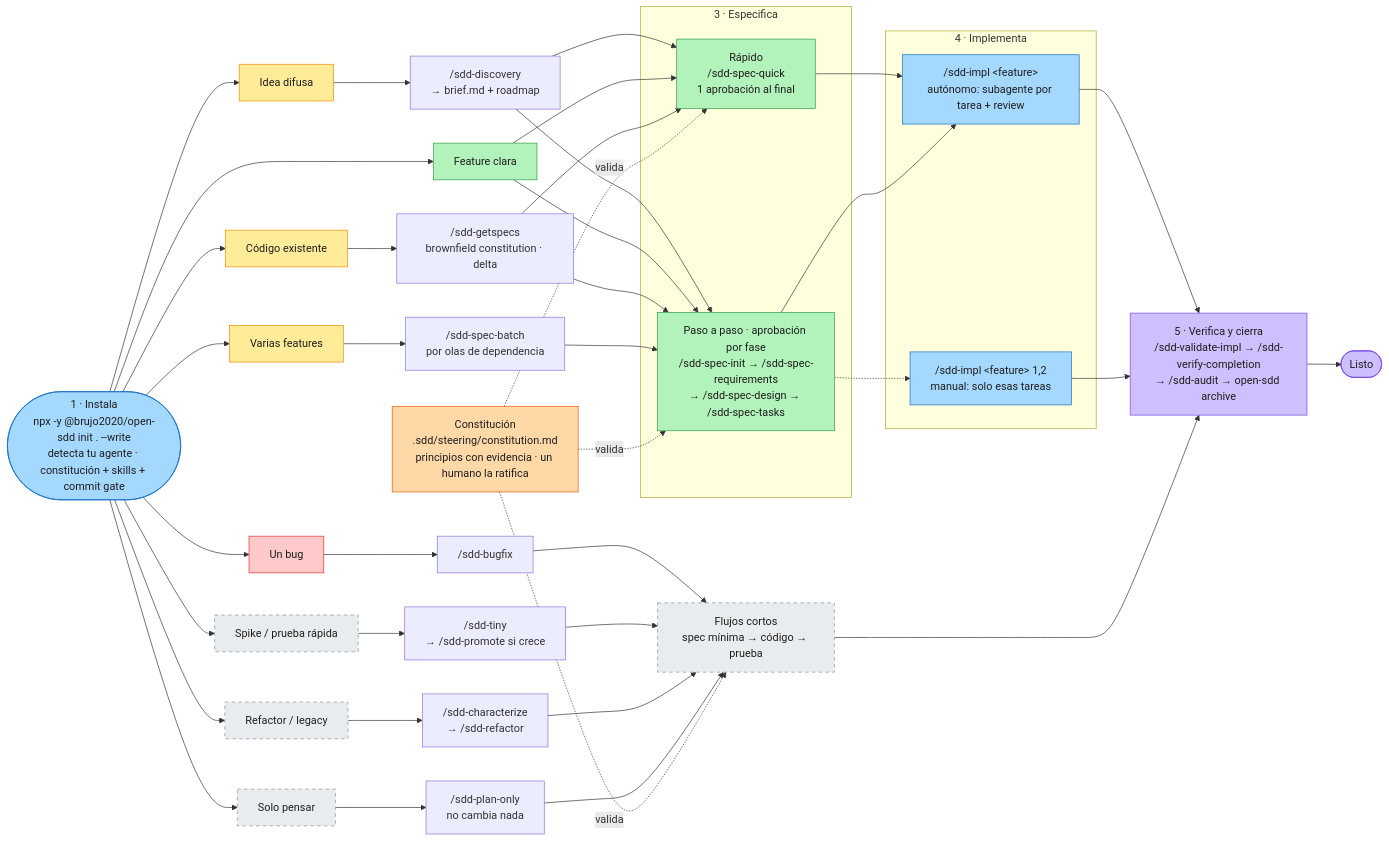
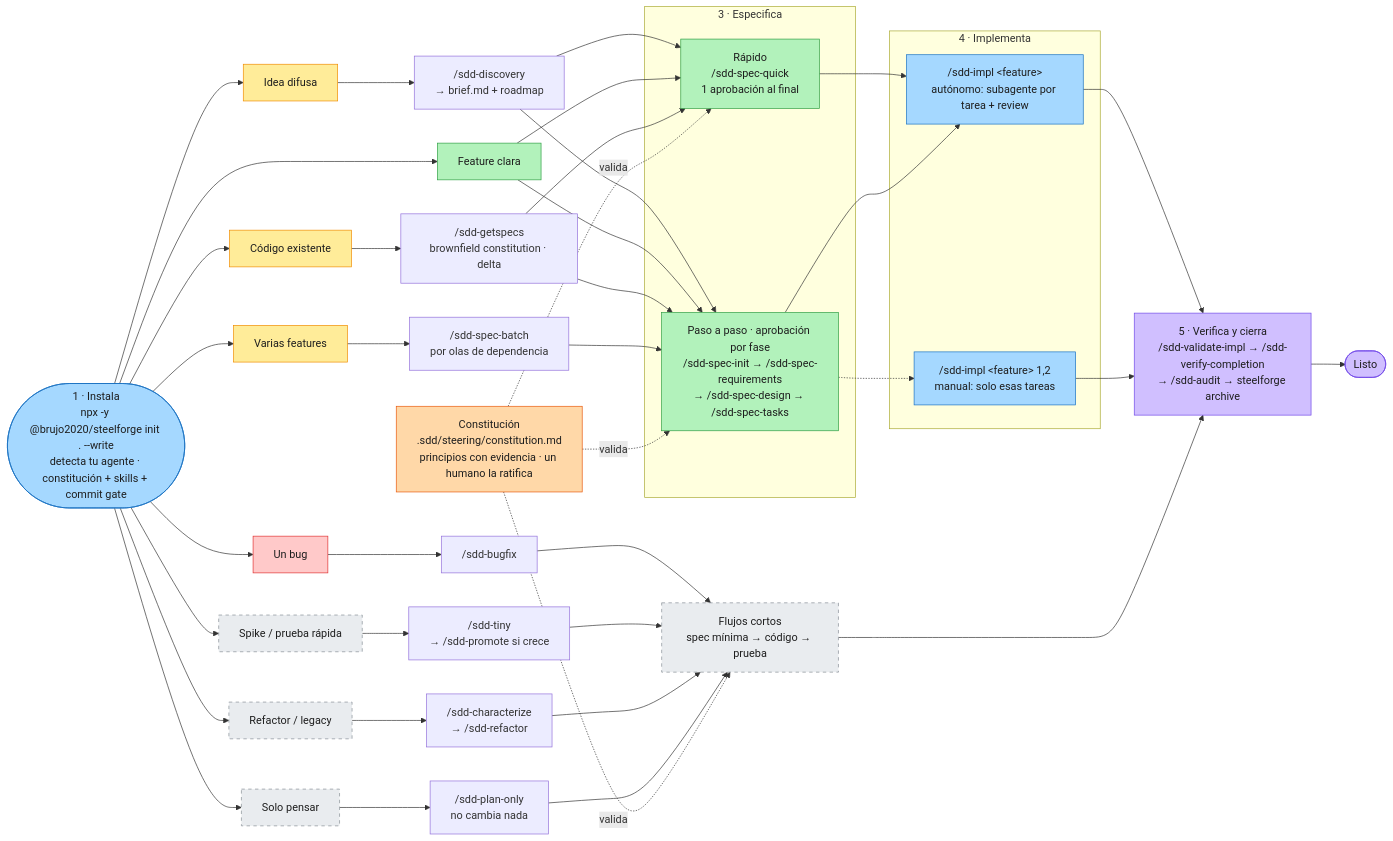
Before and after one commit to Brujo2020/OpenSDD: the third of 12 diagrams in README.es.md, drawn with Mermaid. The commit also changed other lines of this file and 467 other files, not shown here.

````diff
--- a/README.es.md
+++ b/README.es.md
@@ -170,55 +182,55 @@
 ```mermaid
 flowchart LR
-  I(["1 · Instala<br/>npx -y @brujo2020/open-sdd init . --write<br/>detecta tu agente · constitución + skills + commit gate"])
+  I(["1 · Instala<br/>npx -y @brujo2020/steelforge init . --write<br/>detecta tu agente · constitución + skills + commit gate"])
 
   I --> A1["Idea difusa"] --> C1["/sdd-discovery<br/>→ brief.md + roadmap"]
   I --> A2["Feature clara"]
   I --> A3["Código existente"] --> C3["/sdd-getspecs<br/>brownfield constitution · delta"]
   I --> A4["Varias features"] --> C4["/sdd-spec-batch<br/>por olas de dependencia"]
   I --> A5["Un bug"] --> C5["/sdd-bugfix"]
   I --> A6["Spike / prueba rápida"] --> C6["/sdd-tiny<br/>→ /sdd-promote si crece"]
   I --> A7["Refactor / legacy"] --> C7["/sdd-characterize<br/>→ /sdd-refactor"]
   I --> A8["Solo pensar"] --> C8["/sdd-plan-only<br/>no cambia nada"]
 
   subgraph SPEC["3 · Especifica"]
     Q1["Rápido<br/>/sdd-spec-quick<br/>1 aprobación al final"]
     Q2["Paso a paso · aprobación por fase<br/>/sdd-spec-init → /sdd-spec-requirements<br/>→ /sdd-spec-design → /sdd-spec-tasks"]
   end
   C1 & A2 & C3 --> Q1 & Q2
   C4 --> Q2
 
   SHORT["Flujos cortos<br/>spec mínima → código → prueba"]
   C5 & C6 & C7 & C8 --> SHORT
 
   subgraph IMPL["4 · Implementa"]
     M1["/sdd-impl &lt;feature&gt;<br/>autónomo: subagente por tarea + review"]
     M2["/sdd-impl &lt;feature&gt; 1,2<br/>manual: solo esas tareas"]
   end
   Q1 --> M1
   Q2 --> M1
   Q2 -.-> M2
 
-  V["5 · Verifica y cierra<br/>/sdd-validate-impl → /sdd-verify-completion<br/>→ /sdd-audit → open-sdd archive"]
+  V["5 · Verifica y cierra<br/>/sdd-validate-impl → /sdd-verify-completion<br/>→ /sdd-audit → steelforge archive"]
   M1 & M2 & SHORT --> V --> DONE(["Listo"])
 
   CONST["Constitución<br/>.sdd/steering/constitution.md<br/>principios con evidencia · un humano la ratifica"]
   CONST -. valida .-> Q1 & Q2 & SHORT
 
   classDef start fill:#a5d8ff,stroke:#1971c2,color:#1e1e1e
   classDef idea fill:#ffec99,stroke:#f08c00,color:#1e1e1e
   classDef spec fill:#b2f2bb,stroke:#2f9e44,color:#1e1e1e
   classDef impl fill:#a5d8ff,stroke:#1971c2,color:#1e1e1e
   classDef verify fill:#d0bfff,stroke:#7048e8,color:#1e1e1e
   classDef short fill:#e9ecef,stroke:#868e96,color:#1e1e1e,stroke-dasharray:5 5
   classDef bug fill:#ffc9c9,stroke:#e03131,color:#1e1e1e
   class I start
   class A1,A4 idea
   class A2,Q1,Q2 spec
   class A3 idea
   class A5 bug
   class M1,M2 impl
   class V,DONE verify
   class SHORT,A6,A7,A8 short
   classDef const fill:#ffd8a8,stroke:#e8590c,color:#1e1e1e
   class CONST const
 ```
````
